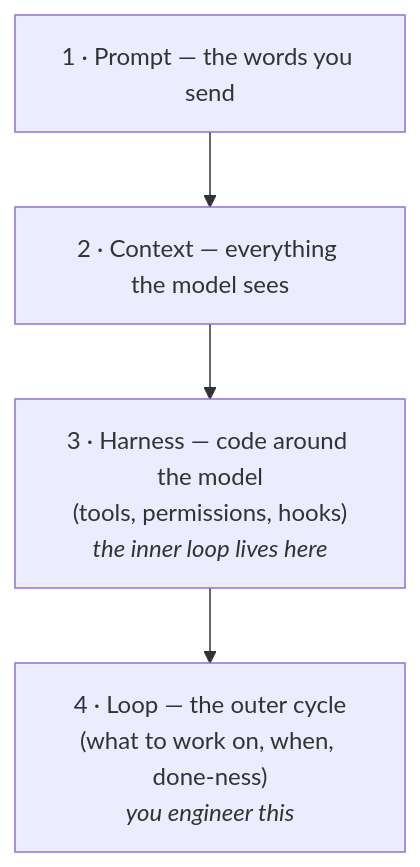
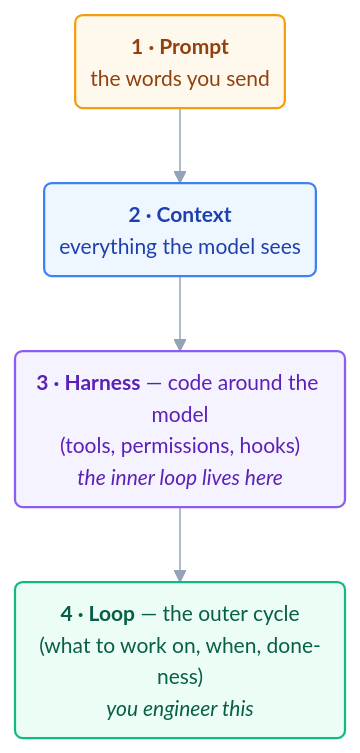
The diagram in docs/00-foundations/concepts.md (ayeshakhalid192007-dev/LoopEngineering-CrashCourse), drawn with Mermaid before and after one commit. The commit also changed 14 other files, not shown here.

First line of the commit message:
Polish Day 1 mermaid diagrams; log the checker/link-check re-run

````diff
--- a/docs/00-foundations/concepts.md
+++ b/docs/00-foundations/concepts.md
@@ -36,6 +36,11 @@
 ```mermaid
+%%{init: {'theme':'base','themeVariables':{'fontFamily':'ui-sans-serif, system-ui, sans-serif','fontSize':'14px','lineColor':'#94a3b8'},'flowchart':{'curve':'basis','nodeSpacing':50,'rankSpacing':50,'padding':10}}}%%
 flowchart TD
-    P[1 · Prompt — the words you send] --> C[2 · Context — everything the model sees]
-    C --> H["3 · Harness — code around the model<br/>(tools, permissions, hooks)<br/><i>the inner loop lives here</i>"]
-    H --> L["4 · Loop — the outer cycle<br/>(what to work on, when, done-ness)<br/><i>you engineer this</i>"]
+    P("<b>1 · Prompt</b><br/>the words you send"):::l1 --> C("<b>2 · Context</b><br/>everything the model sees"):::l2
+    C --> H("<b>3 · Harness</b> — code around the model<br/>(tools, permissions, hooks)<br/><i>the inner loop lives here</i>"):::l3
+    H --> L("<b>4 · Loop</b> — the outer cycle<br/>(what to work on, when, done-ness)<br/><i>you engineer this</i>"):::l4
+    classDef l1 fill:#fef9ec,stroke:#f59e0b,stroke-width:1.5px,color:#92400e;
+    classDef l2 fill:#eef6ff,stroke:#3b82f6,stroke-width:1.5px,color:#1e40af;
+    classDef l3 fill:#f5f3ff,stroke:#8b5cf6,stroke-width:1.5px,color:#5b21b6;
+    classDef l4 fill:#ecfdf5,stroke:#10b981,stroke-width:1.5px,color:#065f46;
 ```
````
